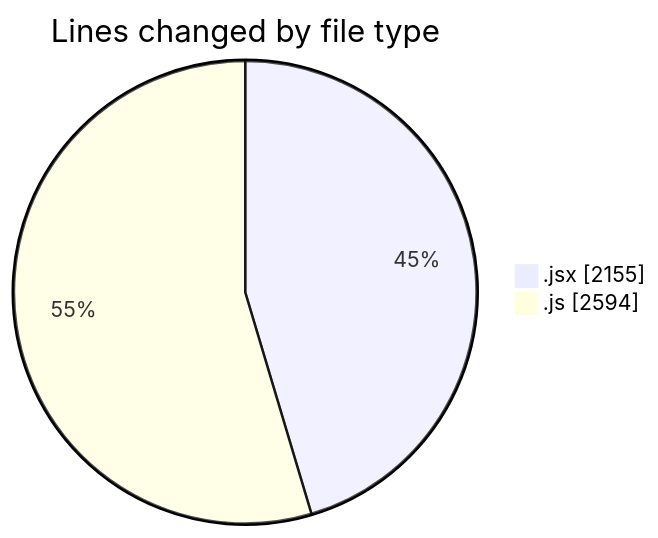
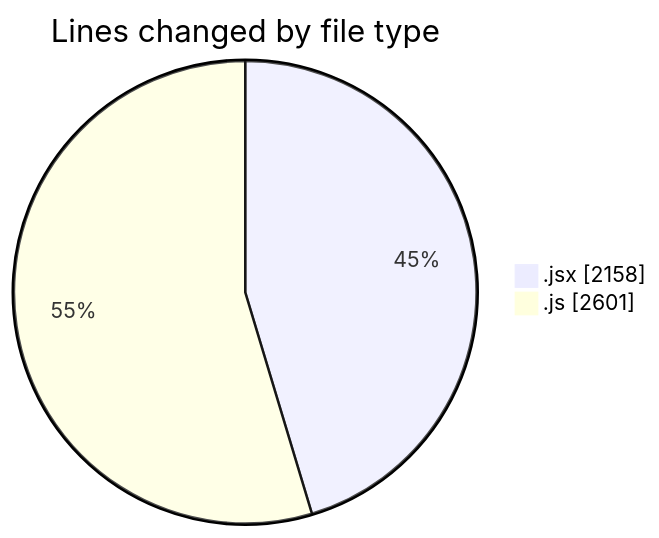
The first of 2 diagrams in 2025-07-30/nxtqube_webapp/README.md (nxtqubesakshisongat/code-tracking), drawn with Mermaid before and after one commit. The commit also changed other lines of this file and 1 other file, not shown here.

````diff
--- a/2025-07-30/nxtqube_webapp/README.md
+++ b/2025-07-30/nxtqube_webapp/README.md
@@ -29,6 +29,6 @@
 ```mermaid
 pie showData
 title Lines changed by file type
-".jsx" : 2155
-".js" : 2594
+".jsx" : 2158
+".js" : 2601
 ```
````
